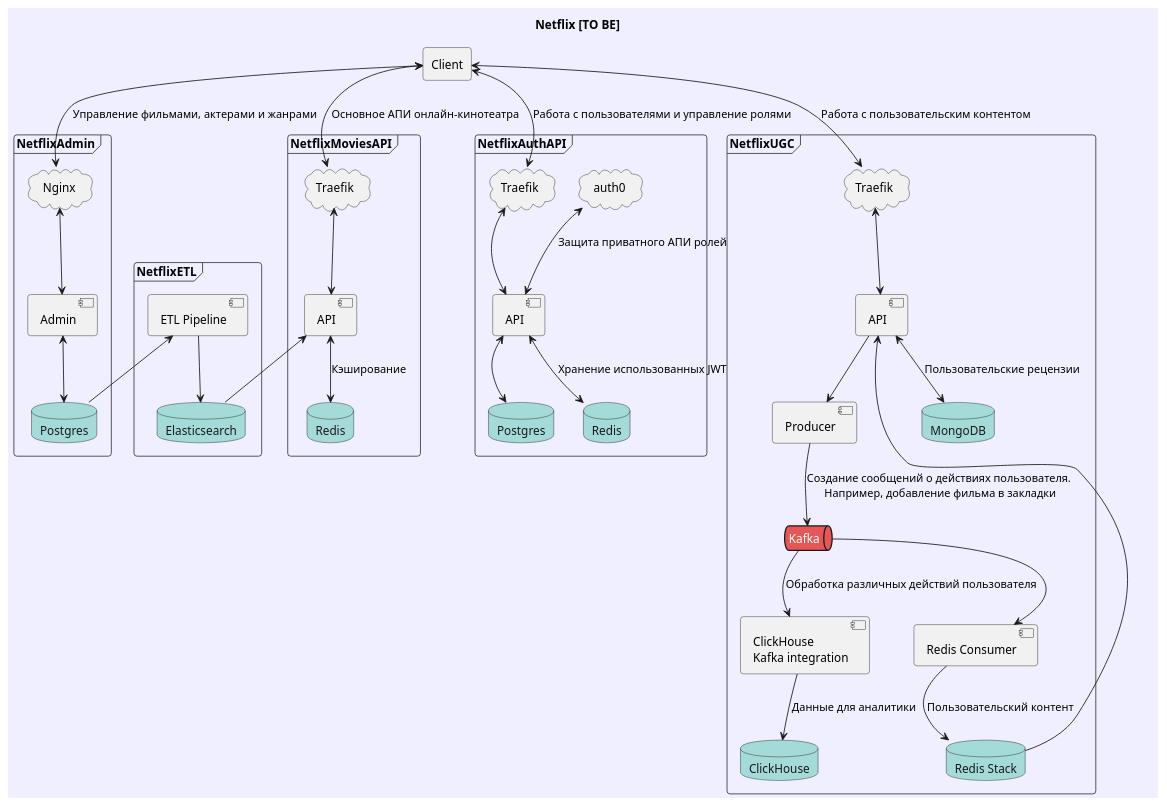
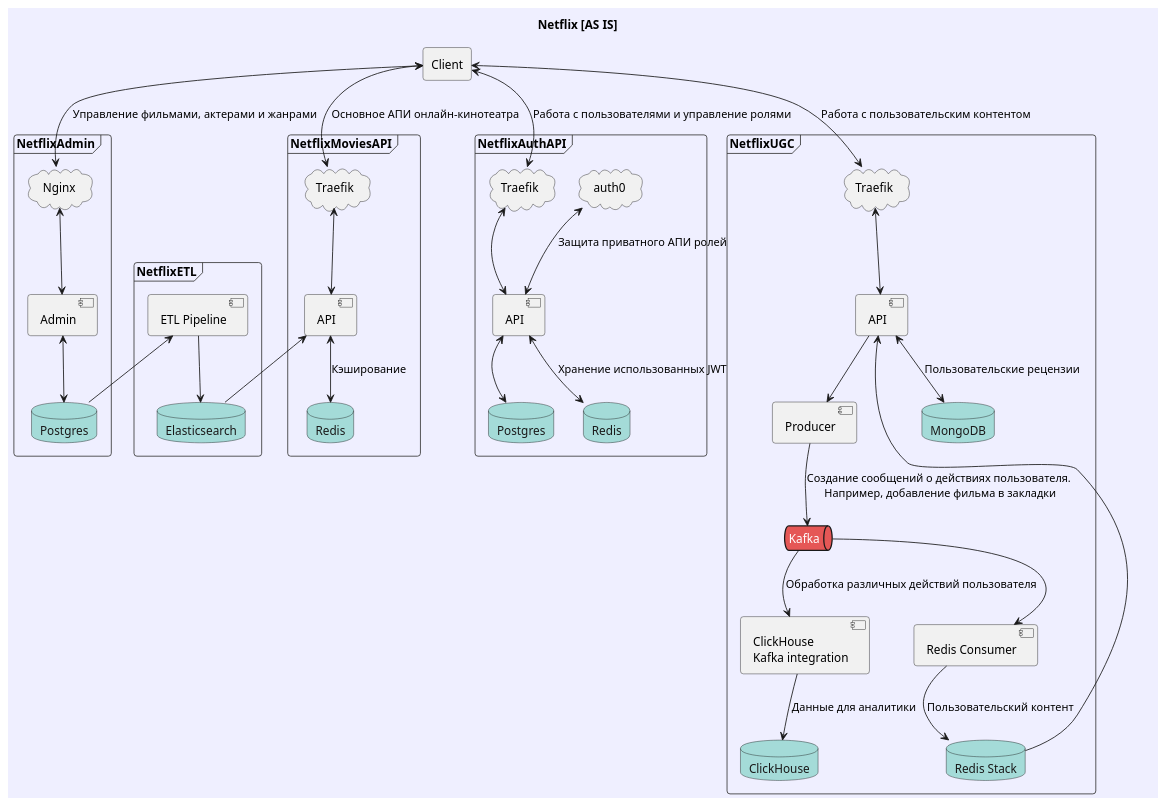
One commit to ReznikovRoman/netflix-notifications changed the diagram in docs/diagrams/as_is.puml. Above: the diagram before and after it, drawn with PlantUML. The commit also changed 1 other file, not shown here.

Commit message:
#8: docs: update yml diagram title - `TO BE` -> `AS IS`

```diff
--- a/docs/diagrams/as_is.puml
+++ b/docs/diagrams/as_is.puml
@@ -1,77 +1,77 @@
 @startuml
 !theme mars
 skinparam componentStyle uml2
 skinparam defaultFontName Segoe UI
 skinparam backgroundColor motivation
 
-title Netflix [TO BE]
+title Netflix [AS IS]
 
 agent "Client" as base_client
 
 frame NetflixAdmin {
     cloud "Nginx" as nginx_admin
     component "Admin" as admin_admin
     database "Postgres" as postgres_admin
 
     nginx_admin <-down-> admin_admin
     admin_admin <-down-> postgres_admin
 }
 
 frame NetflixETL {
     database "Elasticsearch" as elasticsearch_etl
     component "ETL Pipeline" as etl_pipeline
 
     etl_pipeline <-down- postgres_admin
     etl_pipeline -down-> elasticsearch_etl
 }
 
 frame NetflixMoviesAPI {
     cloud "Traefik" as traefik_movies
     component "API" as api_movies
     database "Redis" as redis_movies
 
     api_movies <-up-> traefik_movies
     api_movies <-down- elasticsearch_etl
     api_movies <-down-> redis_movies: "Кэширование"
 }
 
 frame NetflixAuthAPI {
     cloud "Traefik" as traefik_auth
     cloud "auth0" as auth0_auth
     component "API" as api_auth
     database "Postgres" as postgres_auth
     database "Redis" as redis_auth
 
     api_auth <-up-> traefik_auth
     api_auth <-up-> auth0_auth: "Защита приватного АПИ ролей"
     api_auth <-down-> postgres_auth
     api_auth <-down-> redis_auth: "Хранение использованных JWT"
 }
 
 frame NetflixUGC {
     cloud "Traefik" as traefik_ugc
     component "API" as api_ugc
     component "ClickHouse \nKafka integration" as consumer_clickhouse
     component "Redis Consumer" as consumer_ugc_redis
     component "Producer" as producer_ugc
     queue "Kafka" as kafka_ugc
     database "Redis Stack" as redis_stack_ugc
     database "MongoDB" as mongo_ugc
     database "ClickHouse" as clickhouse_ugc
 
     api_ugc <-up-> traefik_ugc
     api_ugc <-down- redis_stack_ugc
     api_ugc <-down-> mongo_ugc: "Пользовательские рецензии"
     api_ugc -down-> producer_ugc
     producer_ugc -down-> kafka_ugc: "Создание сообщений о действиях пользователя. \nНапример, добавление фильма в закладки"
     kafka_ugc -down-> consumer_ugc_redis
     consumer_ugc_redis -down-> redis_stack_ugc: "Пользовательский контент"
     kafka_ugc -down-> consumer_clickhouse: "Обработка различных действий пользователя"
     consumer_clickhouse -down-> clickhouse_ugc: "Данные для аналитики"
 }
 
 base_client <-down-> nginx_admin: "Управление фильмами, актерами и жанрами"
 base_client <-down-> traefik_movies: "Основное АПИ онлайн-кинотеатра"
 base_client <-down-> traefik_auth: "Работа с пользователями и управление ролями"
 base_client <-down-> traefik_ugc: "Работа с пользовательским контентом"
 @enduml
```
